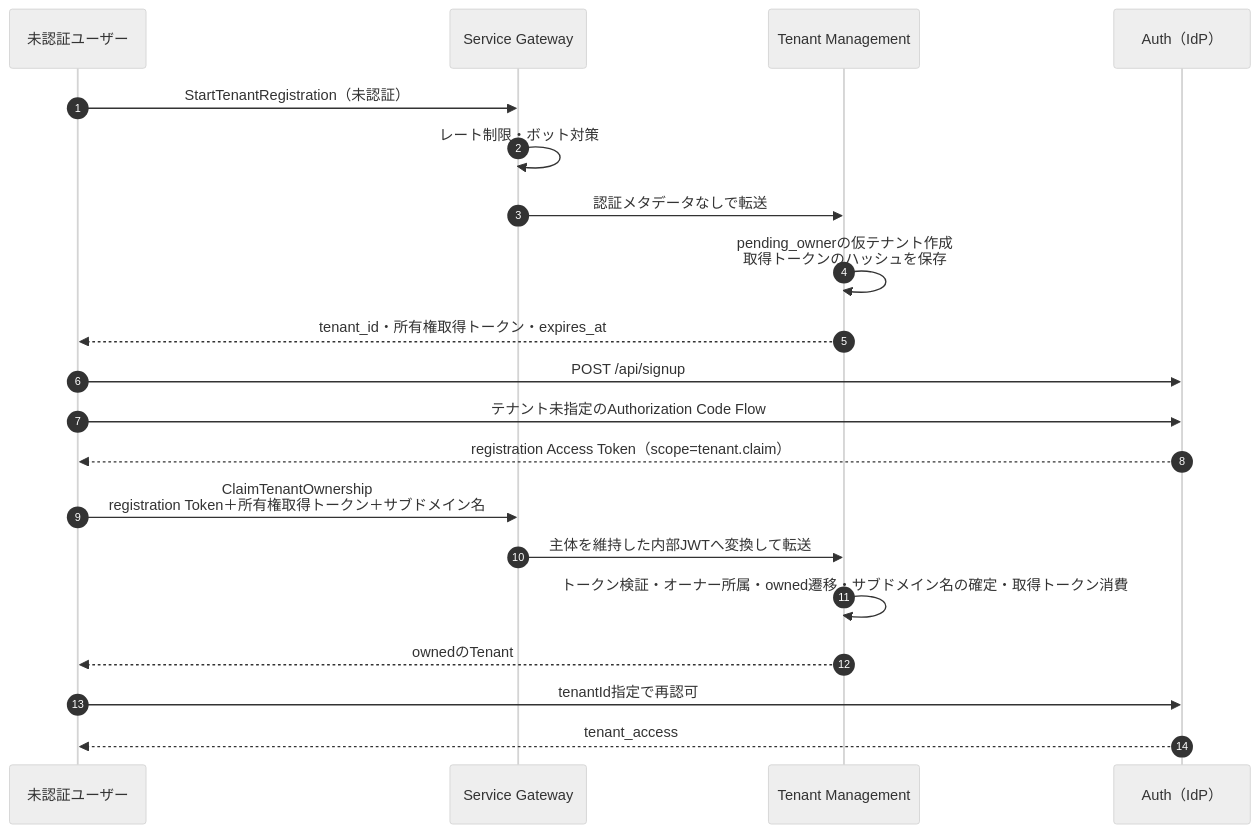
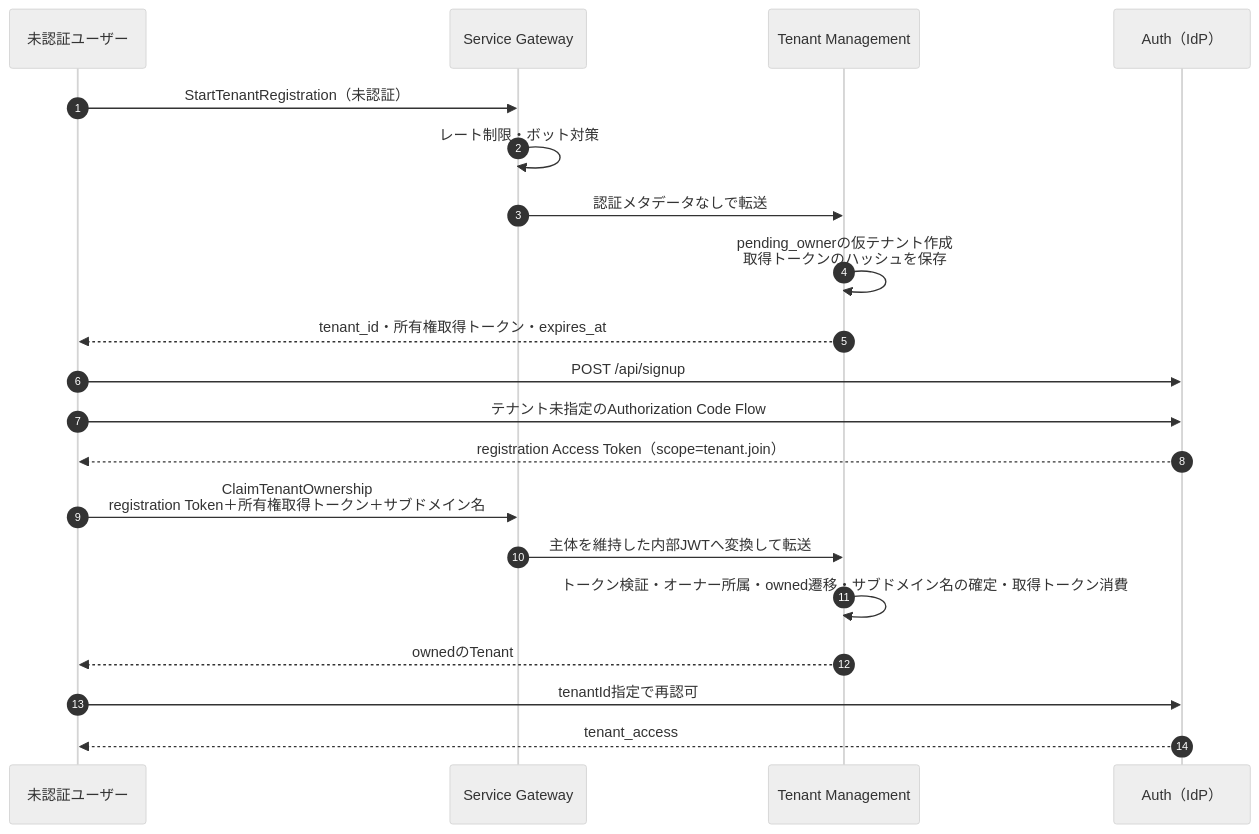
The fourth of 5 diagrams in docs/service_map.md (pj-hoakari/tolo-service-gateway), drawn with Mermaid (neutral theme) before and after one commit. The commit also changed other lines of this file and 2 other files, not shown here.

````diff
--- a/docs/service_map.md
+++ b/docs/service_map.md
@@ -197,23 +197,23 @@
 ```mermaid
 sequenceDiagram
   autonumber
   participant User as 未認証ユーザー
   participant GW as Service Gateway
   participant TM as Tenant Management
   participant IdP as Auth（IdP）
 
   User->>GW: StartTenantRegistration（未認証）
   GW->>GW: レート制限・ボット対策
   GW->>TM: 認証メタデータなしで転送
   TM->>TM: pending_ownerの仮テナント作成<br/>取得トークンのハッシュを保存
   TM-->>User: tenant_id・所有権取得トークン・expires_at
   User->>IdP: POST /api/signup
   User->>IdP: テナント未指定のAuthorization Code Flow
-  IdP-->>User: registration Access Token（scope=tenant.claim）
+  IdP-->>User: registration Access Token（scope=tenant.join）
   User->>GW: ClaimTenantOwnership<br/>registration Token＋所有権取得トークン＋サブドメイン名
   GW->>TM: 主体を維持した内部JWTへ変換して転送
   TM->>TM: トークン検証・オーナー所属・owned遷移・サブドメイン名の確定・取得トークン消費
   TM-->>User: ownedのTenant
   User->>IdP: tenantId指定で再認可
   IdP-->>User: tenant_access
 ```
````
